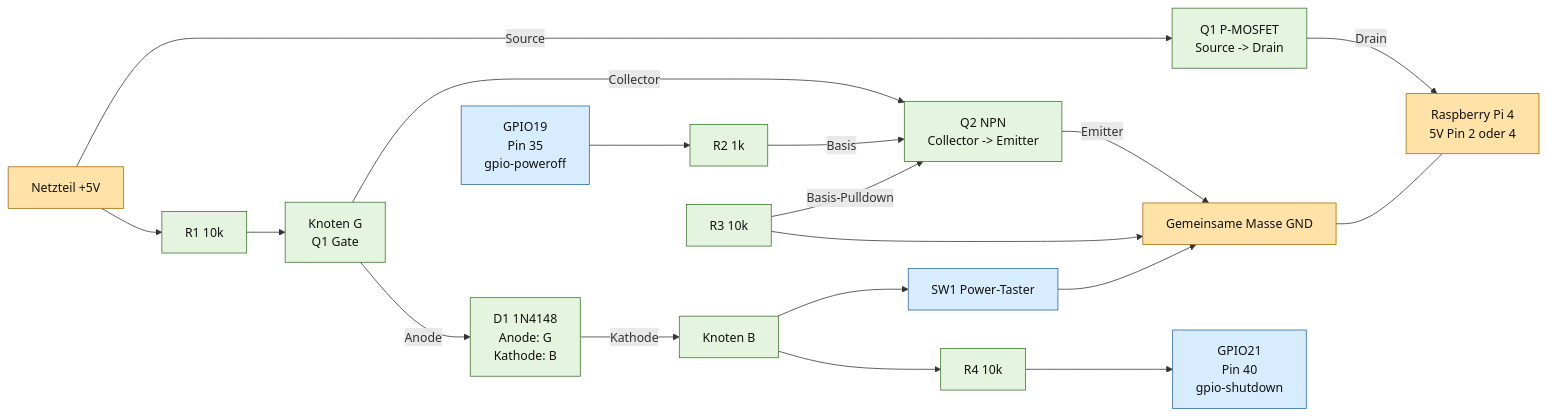
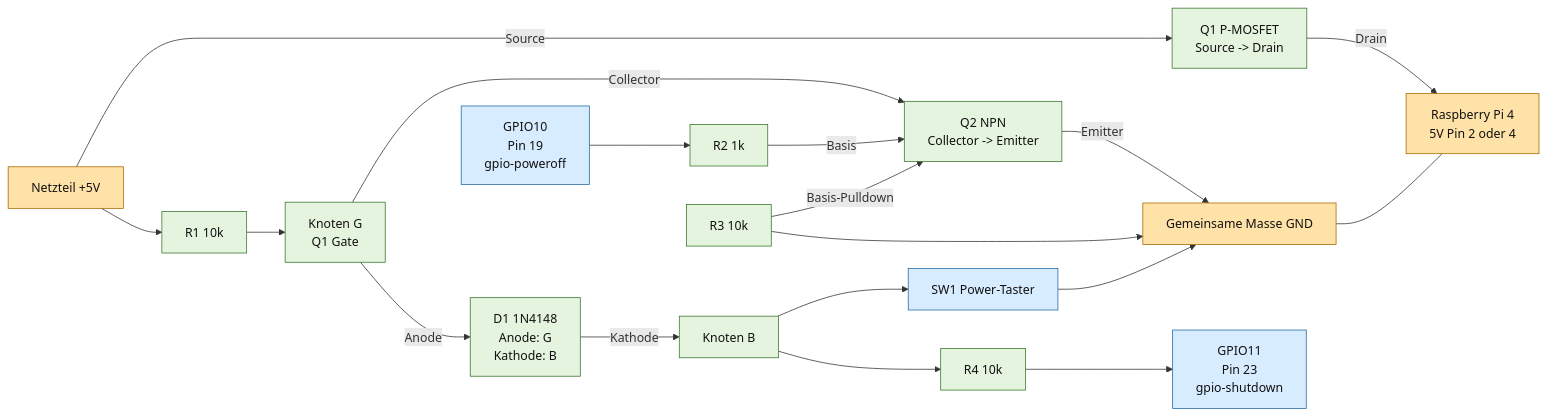
The diagram in docs/30-installation-librelec.md (nad22/VCR-Rpi), drawn with Mermaid before and after one commit. The commit also changed other lines of this file and 6 other files, not shown here.

````diff
--- a/docs/30-installation-librelec.md
+++ b/docs/30-installation-librelec.md
@@ -180,43 +180,43 @@
 ```mermaid
 flowchart LR
 	VCC[Netzteil +5V]
 	GND[Gemeinsame Masse GND]
 	PI[Raspberry Pi 4<br/>5V Pin 2 oder 4]
 	Q1[Q1 P-MOSFET<br/>Source -> Drain]
 	GATE[Knoten G<br/>Q1 Gate]
 	R1[R1 10k]
 	Q2[Q2 NPN<br/>Collector -> Emitter]
 	R2[R2 1k]
 	R3[R3 10k]
-	GPIO19[GPIO19<br/>Pin 35<br/>gpio-poweroff]
+	GPIO10[GPIO10<br/>Pin 19<br/>gpio-poweroff]
 	D1[D1 1N4148<br/>Anode: G<br/>Kathode: B]
 	BUTTON[SW1 Power-Taster]
 	NODEB[Knoten B]
 	R4[R4 10k]
-	GPIO21[GPIO21<br/>Pin 40<br/>gpio-shutdown]
+	GPIO11[GPIO11<br/>Pin 23<br/>gpio-shutdown]
 
 	VCC -->|Source| Q1
 	Q1 -->|Drain| PI
 	VCC --> R1
 	R1 --> GATE
 	GATE -->|Collector| Q2
 	Q2 -->|Emitter| GND
-	GPIO19 --> R2
+	GPIO10 --> R2
 	R2 -->|Basis| Q2
 	R3 -->|Basis-Pulldown| Q2
 	R3 --> GND
 	GATE -->|Anode| D1
 	D1 -->|Kathode| NODEB
 	NODEB --> BUTTON
 	BUTTON --> GND
 	NODEB --> R4
-	R4 --> GPIO21
+	R4 --> GPIO11
 	GND --- PI
 
 	classDef power fill:#ffe2a8,stroke:#a66a00,color:#111
 	classDef control fill:#d8ecff,stroke:#2369a1,color:#111
 	classDef component fill:#e5f4df,stroke:#39752c,color:#111
 	class VCC,PI,GND power
-	class GPIO19,GPIO21,BUTTON control
+	class GPIO10,GPIO11,BUTTON control
 	class Q1,Q2,R1,R2,R3,R4,D1,GATE,NODEB component
 ```
````
